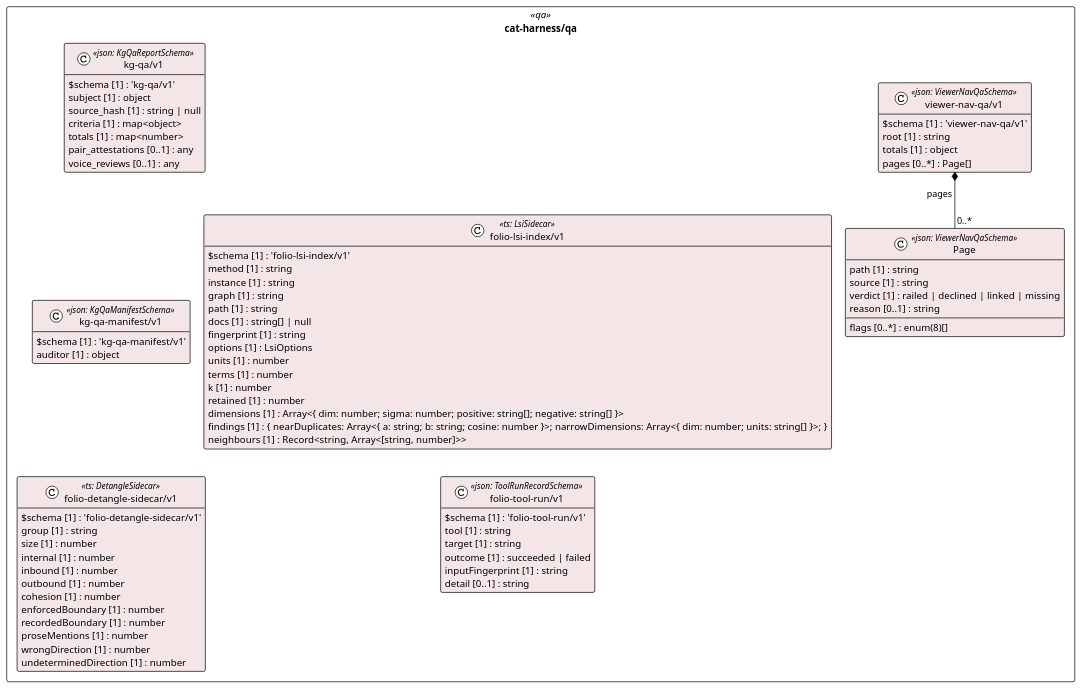
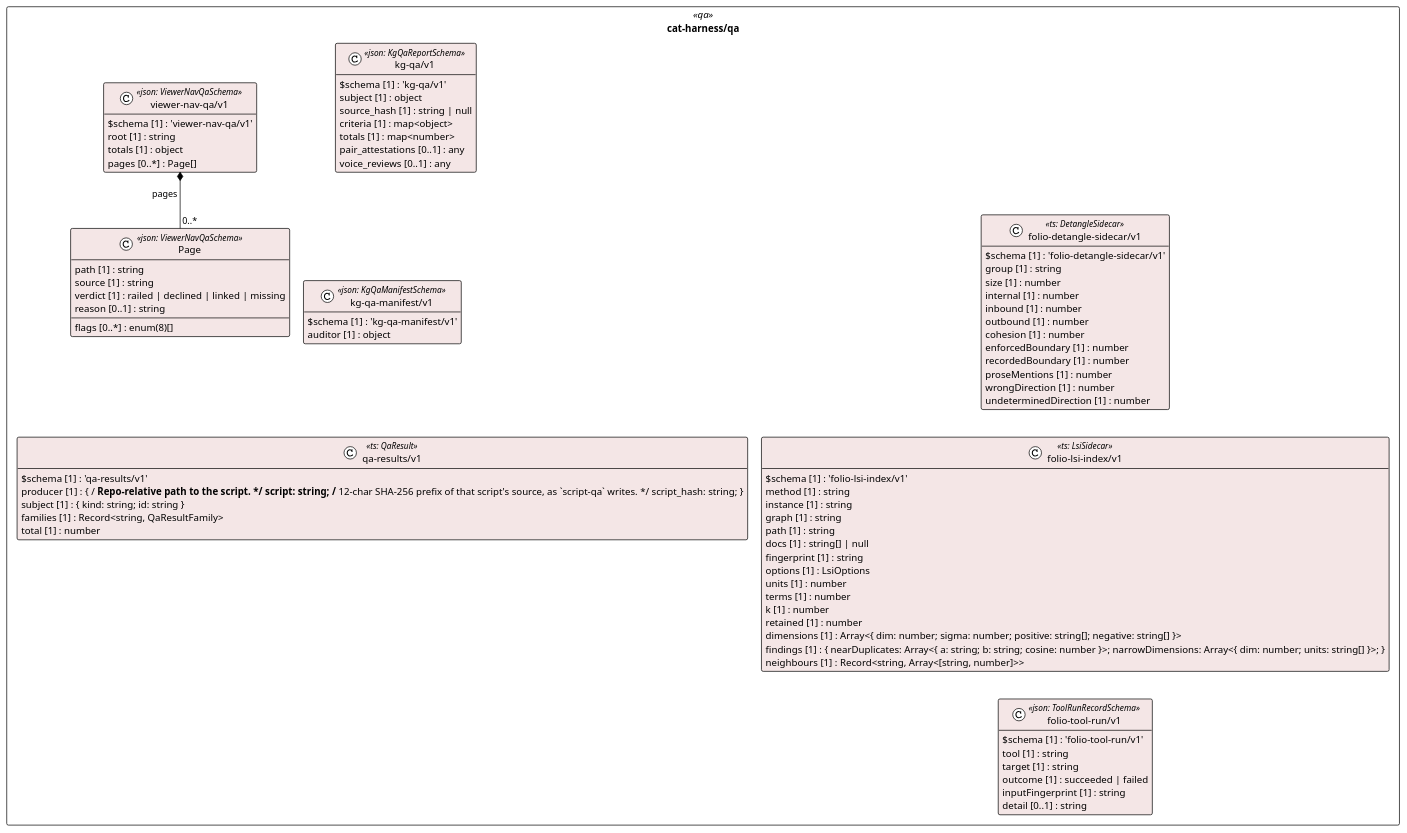
One commit to litlfred/folio-assistant changed the diagram in cat-harness/uml/overview/cat-harness/qa.puml. Above: the diagram before and after it, drawn with PlantUML. The commit also changed 9 other files, not shown here.

First line of the commit message:
uml:overview after #2080 moved QA results off main

```diff
--- a/cat-harness/uml/overview/cat-harness/qa.puml
+++ b/cat-harness/uml/overview/cat-harness/qa.puml
@@ -3,78 +3,85 @@
 @startuml cat_harness_qa
 !pragma layout elk
 !theme plain
 skinparam classAttributeIconSize 0
 skinparam shadowing false
 skinparam packageStyle rectangle
 hide empty methods
 
 package "cat-harness/qa" as pkg_cat_harness_qa <<qa>> {
   class "kg-qa/v1" as cat_harness_qa_kg_qa_v1_kg_qa_v1 <<json: KgQaReportSchema>> #f4e6e6 {
     $schema [1] : 'kg-qa/v1'
     subject [1] : object
     source_hash [1] : string | null
     criteria [1] : map<object>
     totals [1] : map<number>
     pair_attestations [0..1] : any
     voice_reviews [0..1] : any
   }
   class "kg-qa-manifest/v1" as cat_harness_qa_kg_qa_manifest_v1_kg_qa_manifest_v1 <<json: KgQaManifestSchema>> #f4e6e6 {
     $schema [1] : 'kg-qa-manifest/v1'
     auditor [1] : object
+  }
+  class "qa-results/v1" as cat_harness_qa_qa_results_v1 <<ts: QaResult>> #f4e6e6 {
+    $schema [1] : 'qa-results/v1'
+    producer [1] : { /** Repo-relative path to the script. */ script: string; /** 12-char SHA-256 prefix of that script's source, as `script-qa` writes. */ script_hash: string; }
+    subject [1] : { kind: string; id: string }
+    families [1] : Record<string, QaResultFamily>
+    total [1] : number
   }
   class "folio-detangle-sidecar/v1" as cat_harness_qa_folio_detangle_sidecar_v1 <<ts: DetangleSidecar>> #f4e6e6 {
     $schema [1] : 'folio-detangle-sidecar/v1'
     group [1] : string
     size [1] : number
     internal [1] : number
     inbound [1] : number
     outbound [1] : number
     cohesion [1] : number
     enforcedBoundary [1] : number
     recordedBoundary [1] : number
     proseMentions [1] : number
     wrongDirection [1] : number
     undeterminedDirection [1] : number
   }
   class "folio-lsi-index/v1" as cat_harness_qa_folio_lsi_index_v1 <<ts: LsiSidecar>> #f4e6e6 {
     $schema [1] : 'folio-lsi-index/v1'
     method [1] : string
     instance [1] : string
     graph [1] : string
     path [1] : string
     docs [1] : string[] | null
     fingerprint [1] : string
     options [1] : LsiOptions
     units [1] : number
     terms [1] : number
     k [1] : number
     retained [1] : number
     dimensions [1] : Array<{ dim: number; sigma: number; positive: string[]; negative: string[] }>
     findings [1] : { nearDuplicates: Array<{ a: string; b: string; cosine: number }>; narrowDimensions: Array<{ dim: number; units: string[] }>; }
     neighbours [1] : Record<string, Array<[string, number]>>
   }
   class "folio-tool-run/v1" as cat_harness_qa_folio_tool_run_v1_folio_tool_run_v1 <<json: ToolRunRecordSchema>> #f4e6e6 {
     $schema [1] : 'folio-tool-run/v1'
     tool [1] : string
     target [1] : string
     outcome [1] : succeeded | failed
     inputFingerprint [1] : string
     detail [0..1] : string
   }
   class "Page" as cat_harness_qa_viewer_nav_qa_v1_Page <<json: ViewerNavQaSchema>> #f4e6e6 {
     path [1] : string
     source [1] : string
     verdict [1] : railed | declined | linked | missing
     reason [0..1] : string
     flags [0..*] : enum(8)[]
   }
   class "viewer-nav-qa/v1" as cat_harness_qa_viewer_nav_qa_v1_viewer_nav_qa_v1 <<json: ViewerNavQaSchema>> #f4e6e6 {
     $schema [1] : 'viewer-nav-qa/v1'
     root [1] : string
     totals [1] : object
     pages [0..*] : Page[]
   }
 }
 
 cat_harness_qa_viewer_nav_qa_v1_viewer_nav_qa_v1 *-- "0..*" cat_harness_qa_viewer_nav_qa_v1_Page : pages
 @enduml
```
